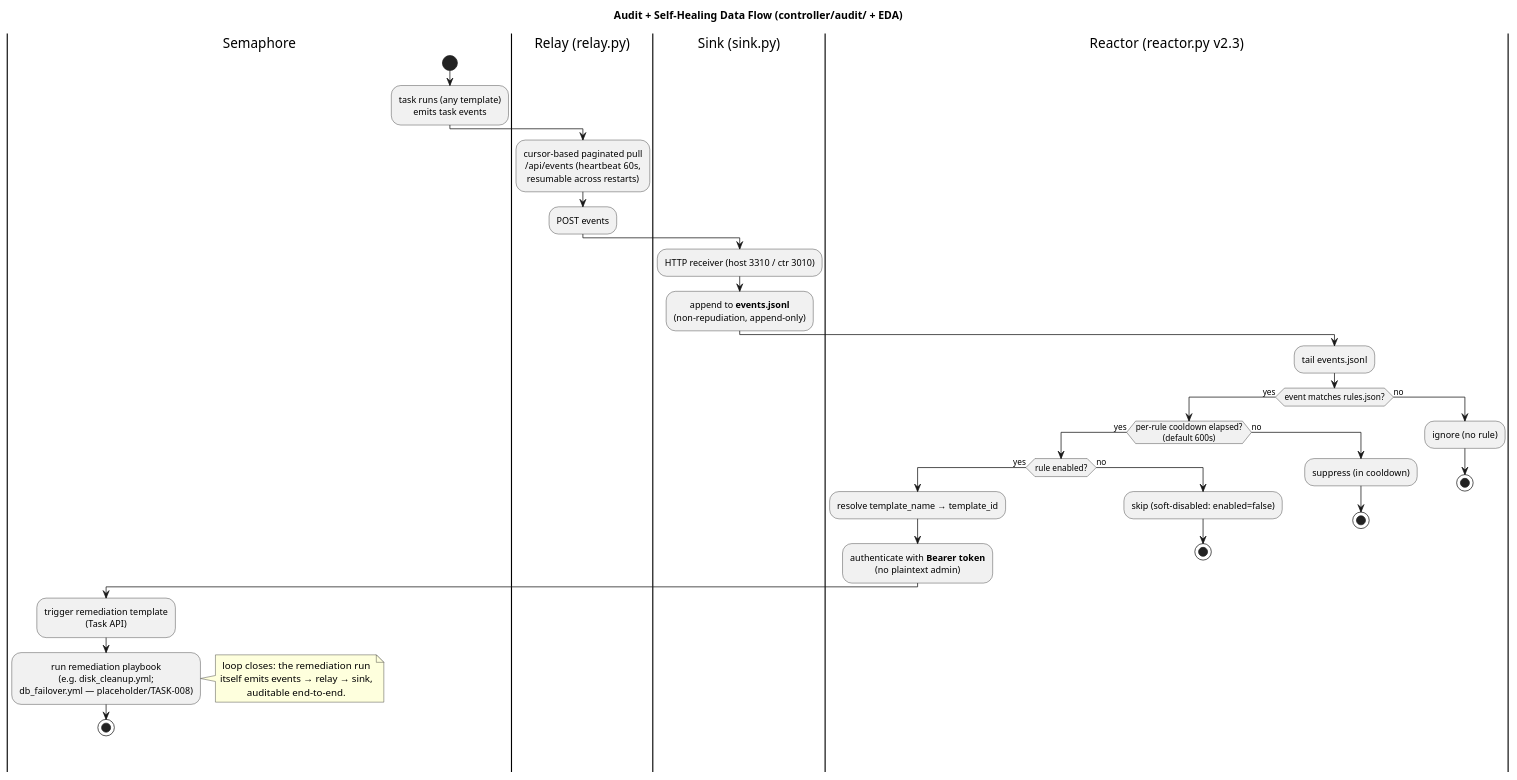
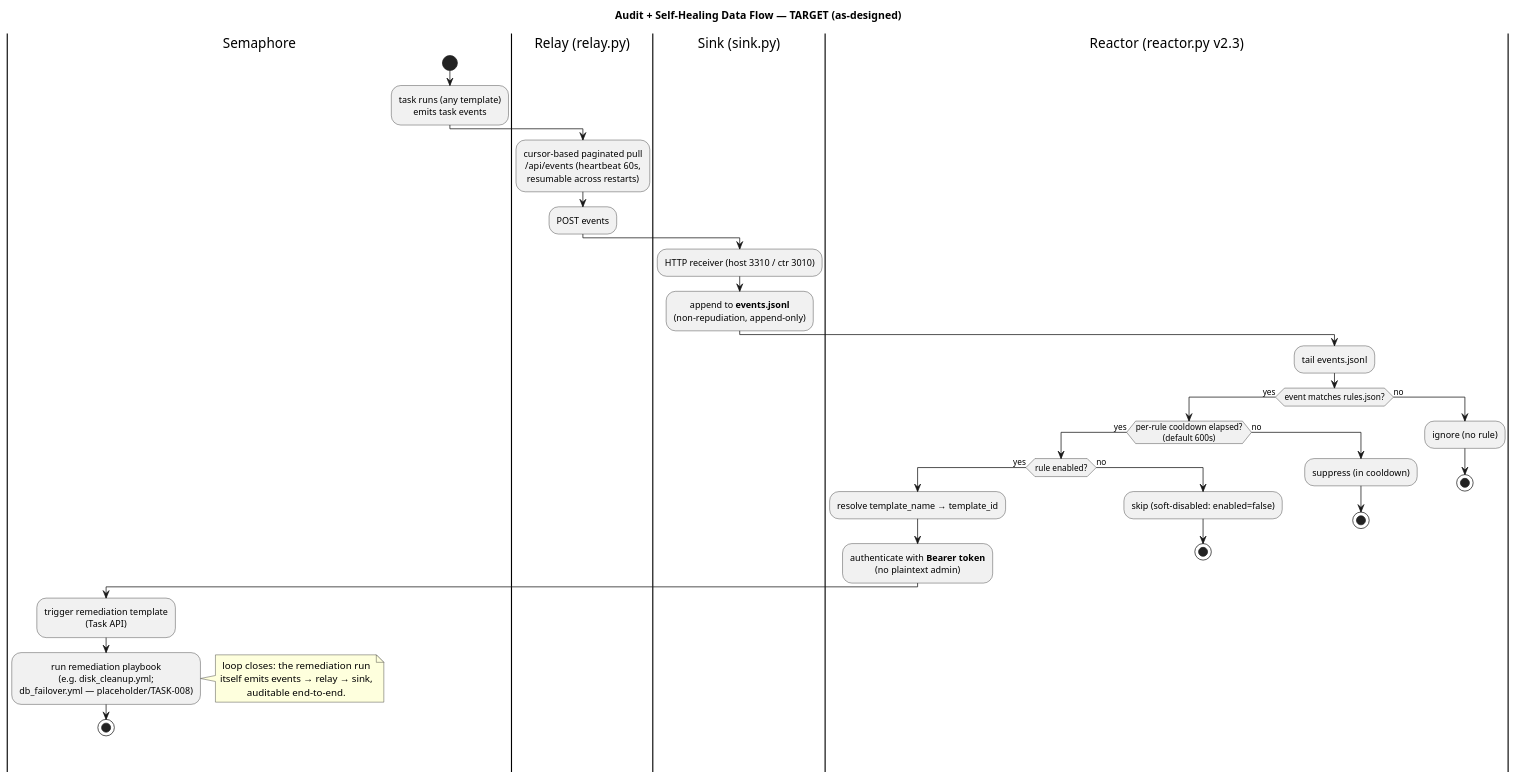
One commit to taoziyoyo2566/ansispire changed the diagram in docs/architecture/03-audit-selfheal-dataflow.puml. Above: the diagram before and after it, drawn with PlantUML. The commit also changed 7 other files, not shown here.

First line of the commit message:
docs(architecture): add AS-BUILT (current-state) diagram set

```diff
--- a/docs/architecture/03-audit-selfheal-dataflow.puml
+++ b/docs/architecture/03-audit-selfheal-dataflow.puml
@@ -1,46 +1,46 @@
 @startuml ansispire-audit-selfheal-dataflow
-title Audit + Self-Healing Data Flow (controller/audit/ + EDA)
+title Audit + Self-Healing Data Flow — TARGET (as-designed)
 skinparam shadowing false
 skinparam defaultTextAlignment center
 
 |Semaphore|
 start
 :task runs (any template)\nemits task events;
 |Relay (relay.py)|
 :cursor-based paginated pull\n/api/events  (heartbeat 60s,\nresumable across restarts);
 :POST events;
 |Sink (sink.py)|
 :HTTP receiver (host 3310 / ctr 3010);
 :append to **events.jsonl**\n(non-repudiation, append-only);
 |Reactor (reactor.py v2.3)|
 :tail events.jsonl;
 if (event matches rules.json?) then (yes)
   if (per-rule cooldown elapsed?\n(default 600s)) then (yes)
     if (rule enabled?) then (yes)
       :resolve template_name → template_id;
       :authenticate with **Bearer token**\n(no plaintext admin);
       |Semaphore|
       :trigger remediation template\n(Task API);
       :run remediation playbook\n(e.g. disk_cleanup.yml;\ndb_failover.yml — placeholder/TASK-008);
       note right
         loop closes: the remediation run
         itself emits events → relay → sink,
         auditable end-to-end.
       end note
       stop
     else (no)
       |Reactor (reactor.py v2.3)|
       :skip (soft-disabled: enabled=false);
       stop
     endif
   else (no)
     |Reactor (reactor.py v2.3)|
     :suppress (in cooldown);
     stop
   endif
 else (no)
   |Reactor (reactor.py v2.3)|
   :ignore (no rule);
   stop
 endif
 @enduml
```
